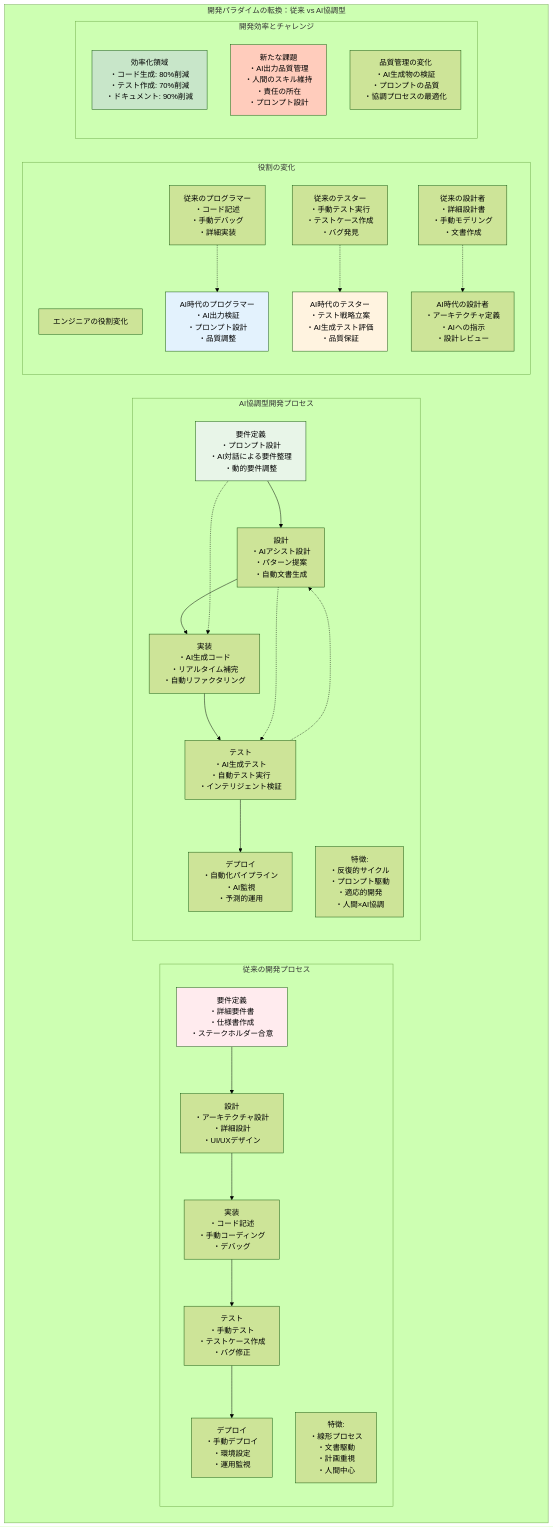
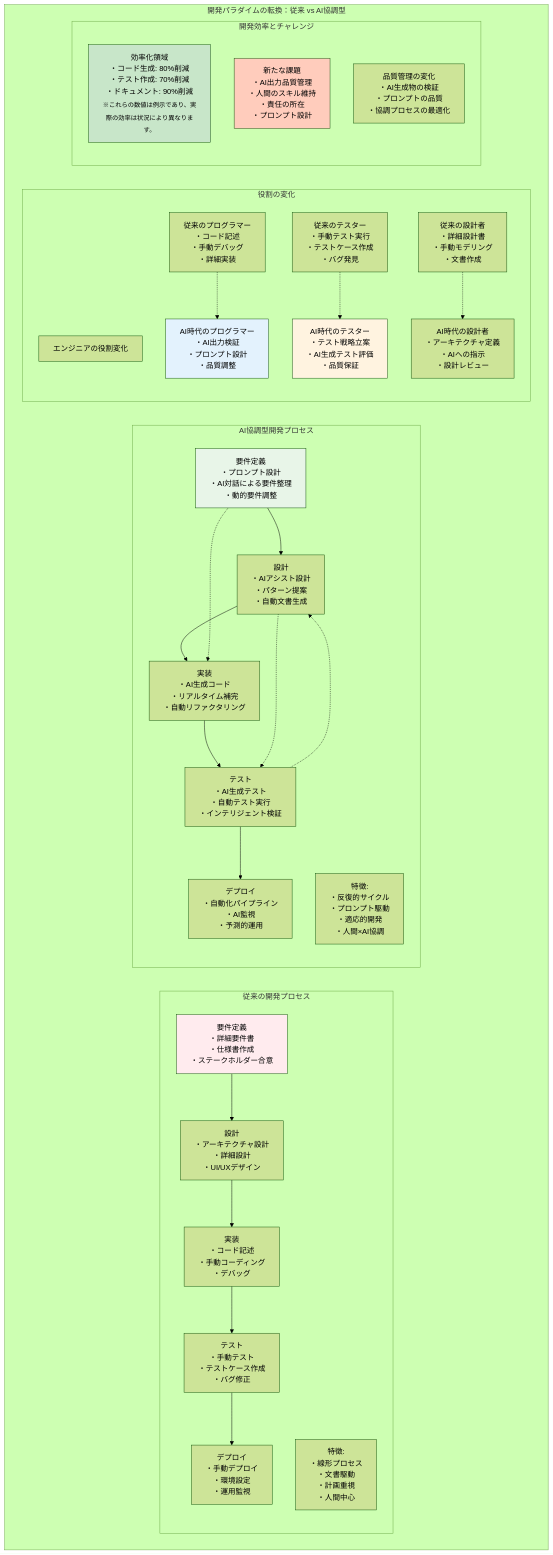
One commit to itdojp/ai-testing-strategy-book changed the diagram in docs/chapters/chapter-01-ai-driven-development/index.md. Above: the diagram before and after it, drawn with Mermaid (forest theme).

````diff
--- a/docs/chapters/chapter-01-ai-driven-development/index.md
+++ b/docs/chapters/chapter-01-ai-driven-development/index.md
@@ -18,70 +18,70 @@
 ```mermaid
 graph TD
     subgraph "開発パラダイムの転換：従来 vs AI協調型"
         subgraph "従来の開発プロセス"
             TraditionalReq["要件定義<br/>・詳細要件書<br/>・仕様書作成<br/>・ステークホルダー合意"]
             TraditionalDesign["設計<br/>・アーキテクチャ設計<br/>・詳細設計<br/>・UI/UXデザイン"]
             TraditionalImpl["実装<br/>・コード記述<br/>・手動コーディング<br/>・デバッグ"]
             TraditionalTest["テスト<br/>・手動テスト<br/>・テストケース作成<br/>・バグ修正"]
             TraditionalDeploy["デプロイ<br/>・手動デプロイ<br/>・環境設定<br/>・運用監視"]
             
             TraditionalReq --> TraditionalDesign
             TraditionalDesign --> TraditionalImpl
             TraditionalImpl --> TraditionalTest
             TraditionalTest --> TraditionalDeploy
             
             TraditionalChars["特徴:<br/>・線形プロセス<br/>・文書駆動<br/>・計画重視<br/>・人間中心"]
         end
         
         subgraph "AI協調型開発プロセス"
             AIReq["要件定義<br/>・プロンプト設計<br/>・AI対話による要件整理<br/>・動的要件調整"]
             AIDesign["設計<br/>・AIアシスト設計<br/>・パターン提案<br/>・自動文書生成"]
             AIImpl["実装<br/>・AI生成コード<br/>・リアルタイム補完<br/>・自動リファクタリング"]
             AITest["テスト<br/>・AI生成テスト<br/>・自動テスト実行<br/>・インテリジェント検証"]
             AIDeploy["デプロイ<br/>・自動化パイプライン<br/>・AI監視<br/>・予測的運用"]
             
             AIReq --> AIDesign
             AIDesign --> AIImpl
             AIImpl --> AITest
             AITest --> AIDeploy
             
             AIChars["特徴:<br/>・反復的サイクル<br/>・プロンプト駆動<br/>・適応的開発<br/>・人間×AI協調"]
             
             AIReq -.-> AIImpl
             AIDesign -.-> AITest
             AITest -.-> AIDesign
         end
         
         subgraph "役割の変化"
             RoleChange["エンジニアの役割変化"]
             
             ProgrammerOld["従来のプログラマー<br/>・コード記述<br/>・手動デバッグ<br/>・詳細実装"]
             ProgrammerNew["AI時代のプログラマー<br/>・AI出力検証<br/>・プロンプト設計<br/>・品質調整"]
             
             TesterOld["従来のテスター<br/>・手動テスト実行<br/>・テストケース作成<br/>・バグ発見"]
             TesterNew["AI時代のテスター<br/>・テスト戦略立案<br/>・AI生成テスト評価<br/>・品質保証"]
             
             DesignerOld["従来の設計者<br/>・詳細設計書<br/>・手動モデリング<br/>・文書作成"]
             DesignerNew["AI時代の設計者<br/>・アーキテクチャ定義<br/>・AIへの指示<br/>・設計レビュー"]
             
             ProgrammerOld -.-> ProgrammerNew
             TesterOld -.-> TesterNew
             DesignerOld -.-> DesignerNew
         end
         
         subgraph "開発効率とチャレンジ"
-            Efficiency["効率化領域<br/>・コード生成: 80%削減<br/>・テスト作成: 70%削減<br/>・ドキュメント: 90%削減"]
+            Efficiency["効率化領域<br/>・コード生成: 80%削減<br/>・テスト作成: 70%削減<br/>・ドキュメント: 90%削減<br/><sub>※これらの数値は例示であり、実際の効率は状況により異なります。</sub>"]
             
             Challenges["新たな課題<br/>・AI出力品質管理<br/>・人間のスキル維持<br/>・責任の所在<br/>・プロンプト設計"]
             
             QualityControl["品質管理の変化<br/>・AI生成物の検証<br/>・プロンプトの品質<br/>・協調プロセスの最適化"]
         end
     end
     
     style TraditionalReq fill:#ffebee
     style AIReq fill:#e8f5e8
     style ProgrammerNew fill:#e3f2fd
     style TesterNew fill:#fff3e0
     style Efficiency fill:#c8e6c9
     style Challenges fill:#ffccbc
 ```
````
